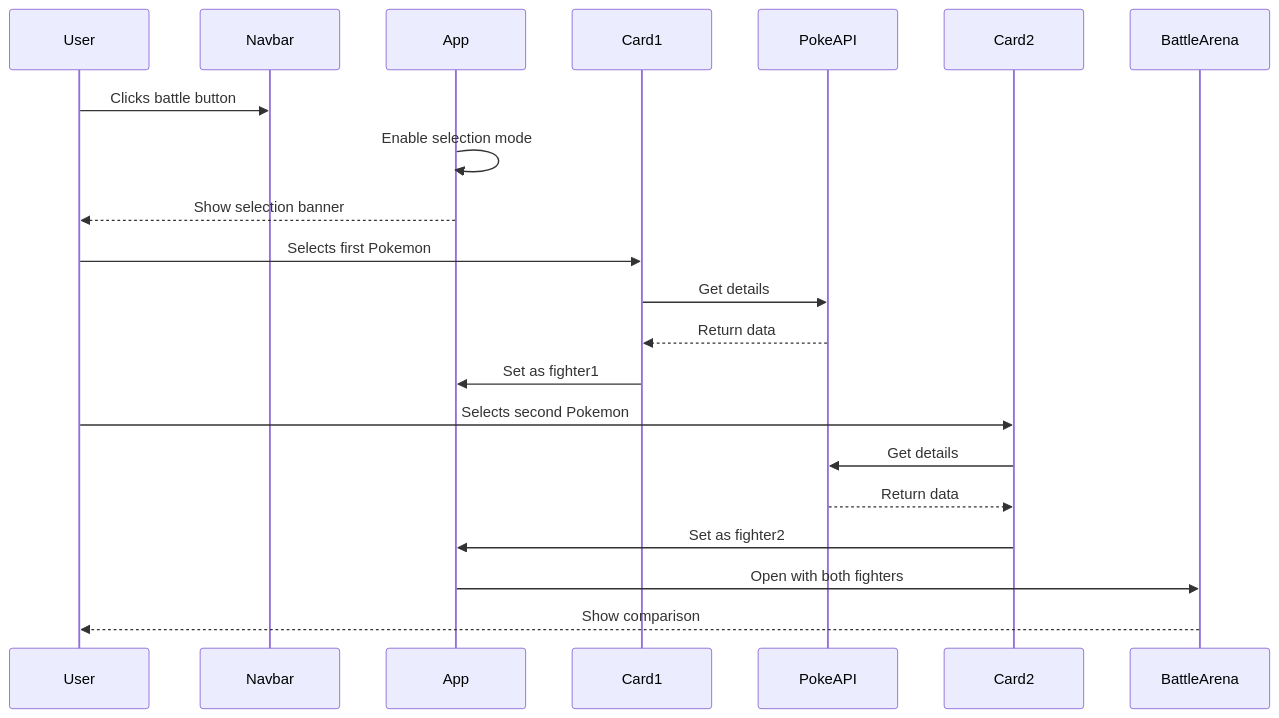
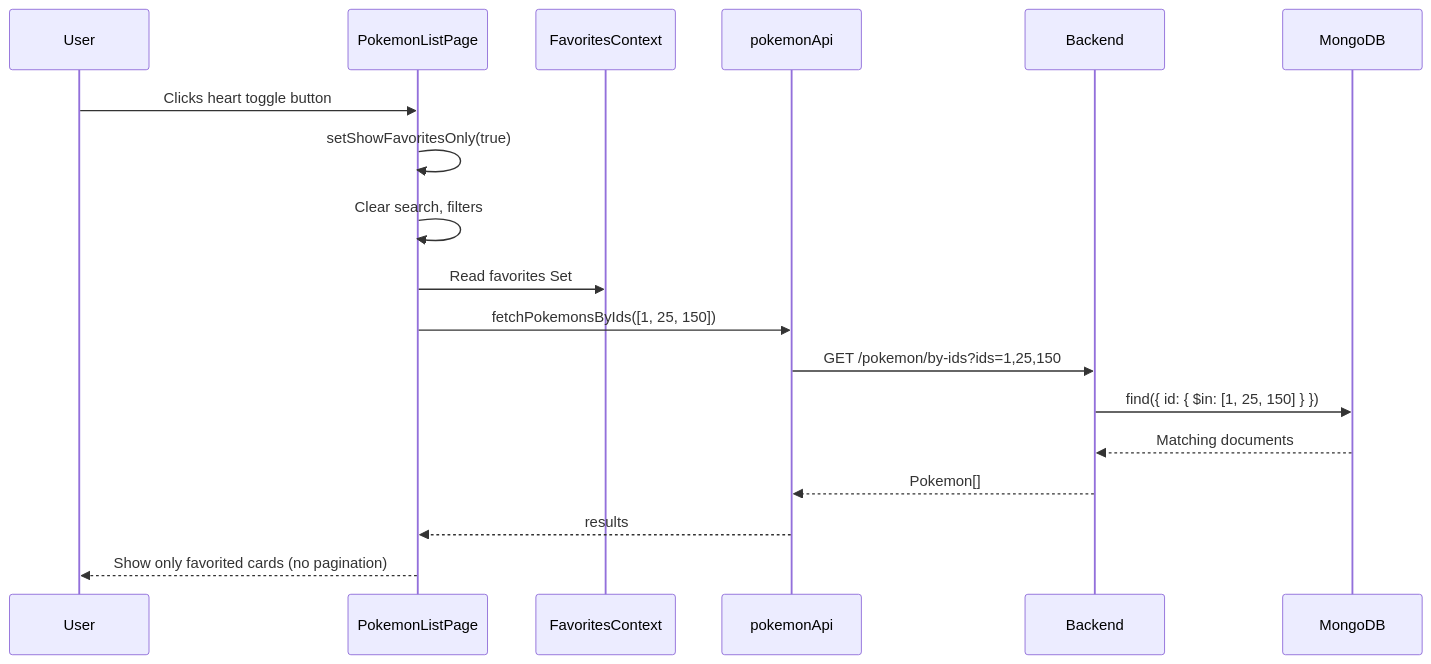
Before and after one commit to zkerkeb-class/tp-partie-front-imenemch: the third of 6 diagrams in TECHNICAL_DOCS.md, drawn with Mermaid. The commit also changed other lines of this file and 16 other files, not shown here.

First line of the commit message:
Add favorites, type/stat filters, stats comparator, and rewrite docs

````diff
--- a/TECHNICAL_DOCS.md
+++ b/TECHNICAL_DOCS.md
@@ -111,19 +227,14 @@
 ```mermaid
 sequenceDiagram
-    User->>Navbar: Clicks battle button
-    App->>App: Enable selection mode
-    App-->>User: Show selection banner
-
-    User->>Card1: Selects first Pokemon
-    Card1->>PokeAPI: Get details
-    PokeAPI-->>Card1: Return data
-    Card1->>App: Set as fighter1
-
-    User->>Card2: Selects second Pokemon
-    Card2->>PokeAPI: Get details
-    PokeAPI-->>Card2: Return data
-    Card2->>App: Set as fighter2
-
-    App->>BattleArena: Open with both fighters
-    BattleArena-->>User: Show comparison
+    User->>PokemonListPage: Clicks heart toggle button
+    PokemonListPage->>PokemonListPage: setShowFavoritesOnly(true)
+    PokemonListPage->>PokemonListPage: Clear search, filters
+    PokemonListPage->>FavoritesContext: Read favorites Set
+    PokemonListPage->>pokemonApi: fetchPokemonsByIds([1, 25, 150])
+    pokemonApi->>Backend: GET /pokemon/by-ids?ids=1,25,150
+    Backend->>MongoDB: find({ id: { $in: [1, 25, 150] } })
+    MongoDB-->>Backend: Matching documents
+    Backend-->>pokemonApi: Pokemon[]
+    pokemonApi-->>PokemonListPage: results
+    PokemonListPage-->>User: Show only favorited cards (no pagination)
 ```
````
